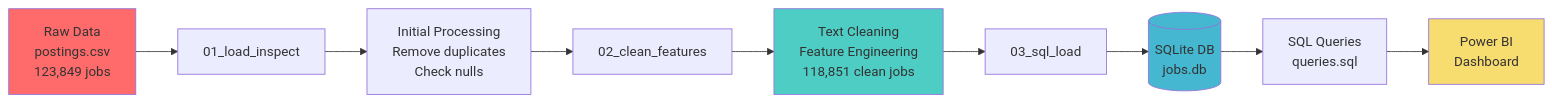
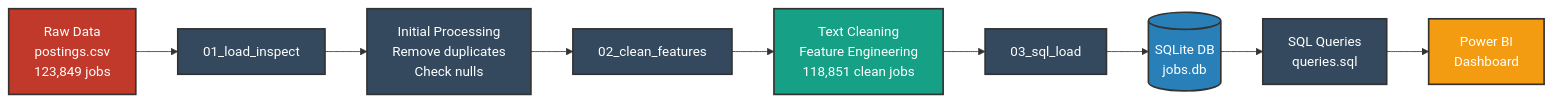
Before and after one commit to ParthMedatwal/Job-Experience-Inflation-: the diagram in README.md, drawn with Mermaid.

````diff
--- a/README.md
+++ b/README.md
@@ -154,16 +154,21 @@
 ```mermaid
 graph LR
     A[Raw Data<br/>postings.csv<br/>123,849 jobs] --> B[01_load_inspect]
     B --> C[Initial Processing<br/>Remove duplicates<br/>Check nulls]
     C --> D[02_clean_features]
     D --> E[Text Cleaning<br/>Feature Engineering<br/>118,851 clean jobs]
     E --> F[03_sql_load]
     F --> G[(SQLite DB<br/>jobs.db)]
     G --> H[SQL Queries<br/>queries.sql]
     H --> I[Power BI<br/>Dashboard]
     
-    style A fill:#ff6b6b
-    style E fill:#4ecdc4
-    style G fill:#45b7d1
-    style I fill:#f7dc6f
+    style A fill:#c0392b,stroke:#333,stroke-width:2px,color:#fff
+    style B fill:#34495e,stroke:#333,stroke-width:2px,color:#fff
+    style C fill:#34495e,stroke:#333,stroke-width:2px,color:#fff
+    style D fill:#34495e,stroke:#333,stroke-width:2px,color:#fff
+    style E fill:#16a085,stroke:#333,stroke-width:2px,color:#fff
+    style F fill:#34495e,stroke:#333,stroke-width:2px,color:#fff
+    style G fill:#2980b9,stroke:#333,stroke-width:2px,color:#fff
+    style H fill:#34495e,stroke:#333,stroke-width:2px,color:#fff
+    style I fill:#f39c12,stroke:#333,stroke-width:2px,color:#fff
 ```
````
